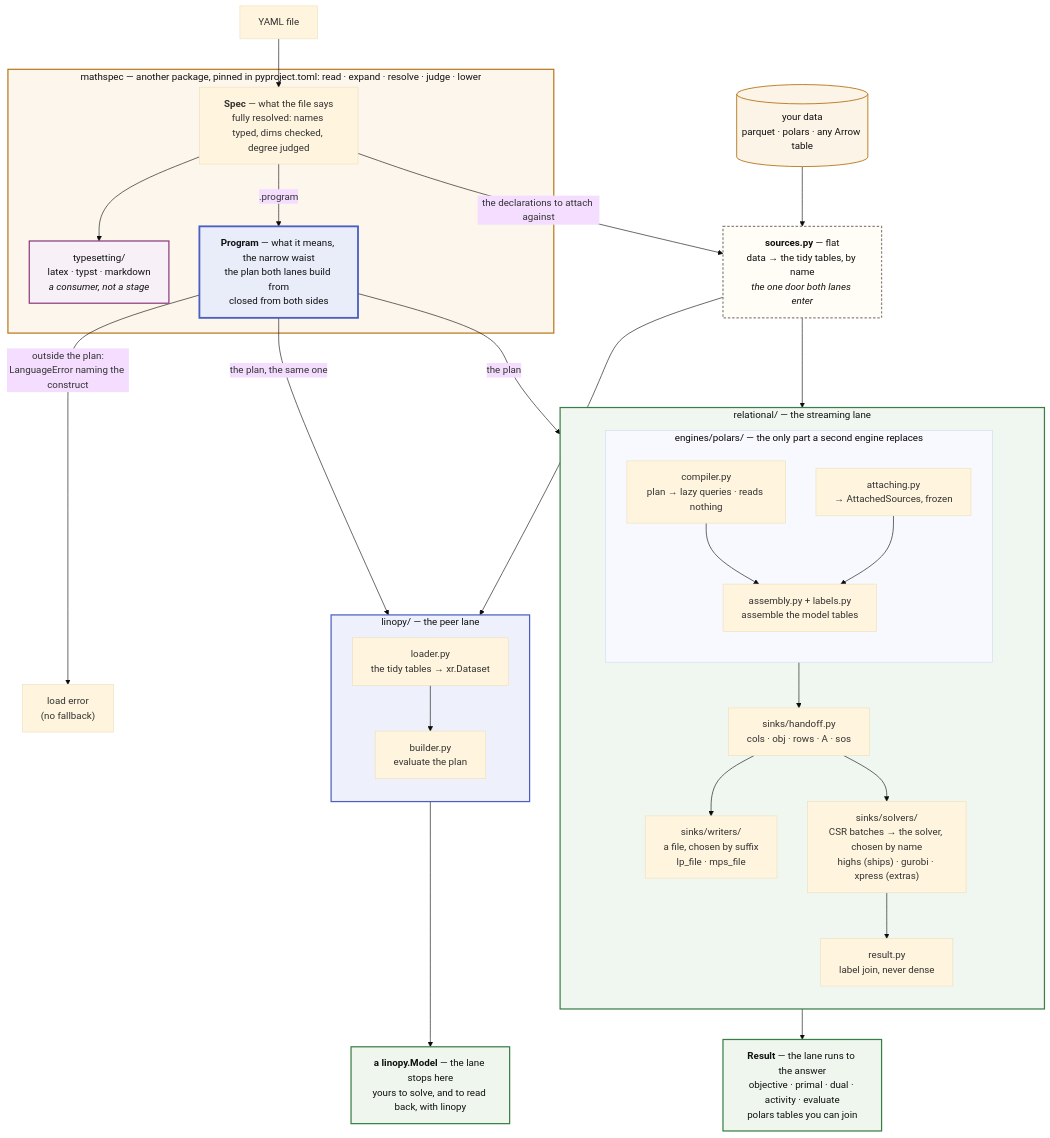
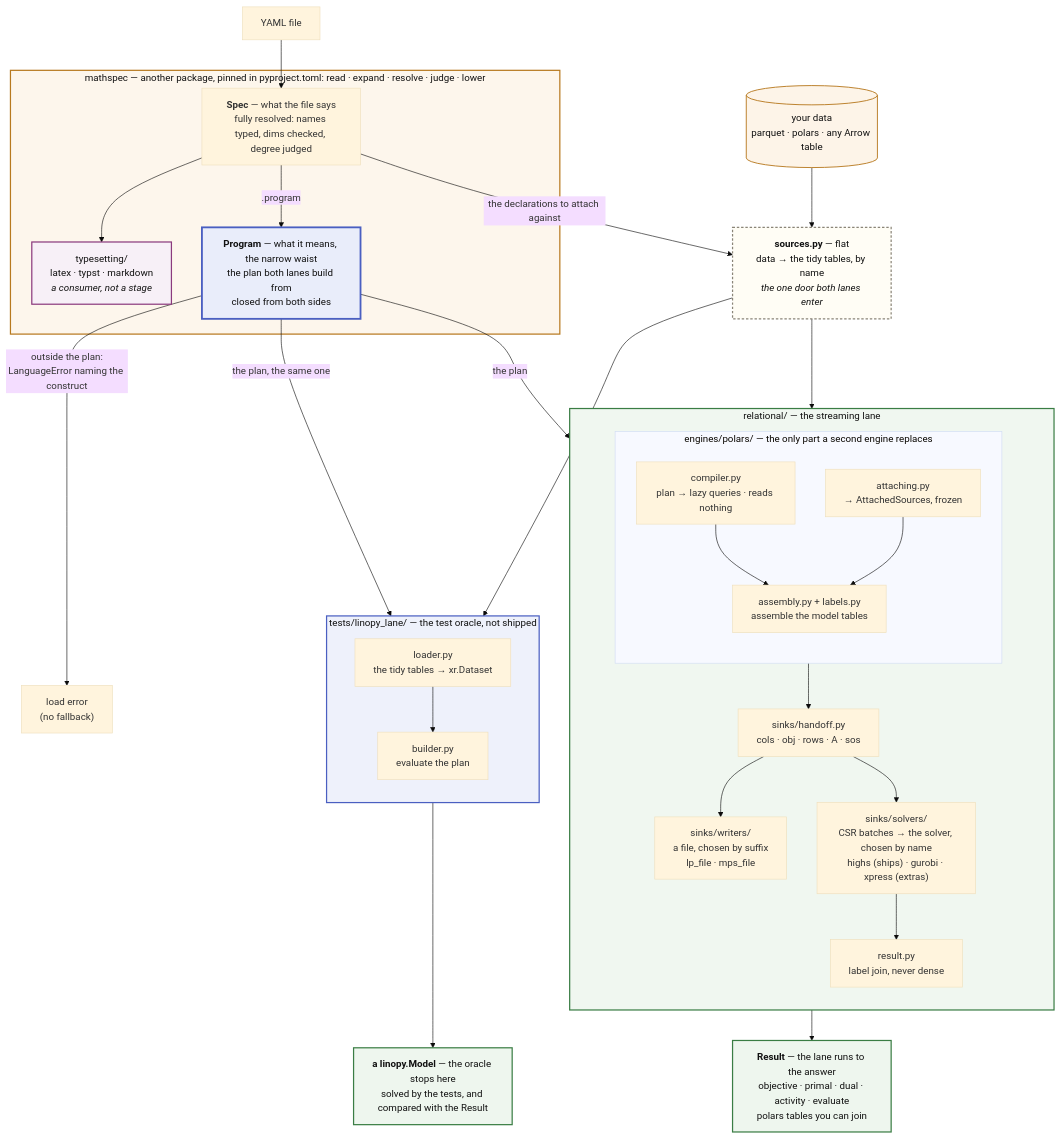
Before and after one commit to fluxopt/lpspec: the first of 2 diagrams in docs/about/architecture.md, drawn with Mermaid (base theme). The commit also changed other lines of this file and 58 other files, not shown here.

First line of the commit message:
refactor(api): specsolve no longer builds a linopy model, and its linopy extra and LaneError are gone (#1755)

````diff
--- a/docs/about/architecture.md
+++ b/docs/about/architecture.md
@@ -59,59 +60,59 @@
 ```mermaid
 flowchart TB
     Y[YAML file] --> SPEC
     DATA[("your data<br/>parquet · polars · any Arrow table")] --> SRC
 
     subgraph MS["mathspec — another package, pinned in pyproject.toml: read · expand · resolve · judge · lower"]
         SPEC["<b>Spec</b> — what the file says<br/>fully resolved: names typed, dims checked, degree judged"]
         SPEC --> TS["typesetting/<br/>latex · typst · markdown<br/><i>a consumer, not a stage</i>"]
         SPEC -->|".program"| PLAN["<b>Program</b> — what it means, the narrow waist<br/>the plan both lanes build from<br/>closed from both sides"]
     end
 
     SPEC -->|"the declarations to attach against"| SRC
     SRC["<b>sources.py</b> — flat<br/>data → the tidy tables, by name<br/><i>the one door both lanes enter</i>"]
 
     PLAN -->|"outside the plan:<br/>LanguageError naming the construct"| ERR["load error<br/>(no fallback)"]
     PLAN -->|"the plan"| COMP
     SRC --> ATTACH
     PLAN -->|"the plan, the same one"| BUILD
     SRC --> LOAD
 
     subgraph REL["relational/ — the streaming lane"]
         direction TB
         subgraph ENG["engines/polars/ — the only part a second engine replaces"]
             direction TB
             COMP["compiler.py<br/>plan → lazy queries · reads nothing"] --> ENGINE
             ATTACH["attaching.py<br/>→ AttachedSources, frozen"] --> ENGINE["assembly.py + labels.py<br/>assemble the model tables"]
         end
         ENG --> TABLES["sinks/handoff.py<br/>cols · obj · rows · A · sos"]
         TABLES --> LPS["sinks/writers/<br/>a file, chosen by suffix<br/>lp_file · mps_file"]
         TABLES --> DIRECT["sinks/solvers/<br/>CSR batches → the solver, chosen by name<br/>highs (ships) · gurobi · xpress (extras)"]
         DIRECT --> SOL["result.py<br/>label join, never dense"]
     end
 
     SOL --> ANS["<b>Result</b> — the lane runs to the answer<br/>objective · primal · dual · activity · evaluate<br/>polars tables you can join"]
 
-    subgraph LIN["linopy/ — the peer lane"]
+    subgraph LIN["tests/linopy_lane/ — the test oracle, not shipped"]
         direction TB
         LOAD["loader.py<br/>the tidy tables → xr.Dataset"] --> BUILD["builder.py<br/>evaluate the plan"]
     end
 
-    BUILD --> MODEL["<b>a linopy.Model</b> — the lane stops here<br/>yours to solve, and to read back, with linopy"]
+    BUILD --> MODEL["<b>a linopy.Model</b> — the oracle stops here<br/>solved by the tests, and compared with the Result"]
 
     classDef laneL fill:#fdf6ec,stroke:#b7791f,stroke-width:2px,color:#111
     classDef laneR fill:#f0f7f0,stroke:#3a7d44,stroke-width:2px,color:#111
     classDef laneE fill:#eef1fb,stroke:#4a5fc1,stroke-width:2px,color:#111
     classDef laneT fill:#f7f0f7,stroke:#8b3a7d,stroke-width:2px,color:#111
     classDef waist fill:#e9edfa,stroke:#4a5fc1,stroke-width:3px,color:#111
     classDef flat fill:#fffdf5,stroke:#8a8578,stroke-width:2px,stroke-dasharray:4 3,color:#111
     classDef data fill:#fdf4e8,stroke:#b7791f,stroke-width:1.5px,color:#111
     classDef out fill:#eef6ee,stroke:#3a7d44,stroke-width:2px,color:#111
     class MS laneL
     class REL laneR
     class LIN laneE
     class TS laneT
     class PLAN waist
     class SRC flat
     class DATA data
     class ANS,MODEL out
 ```
````
